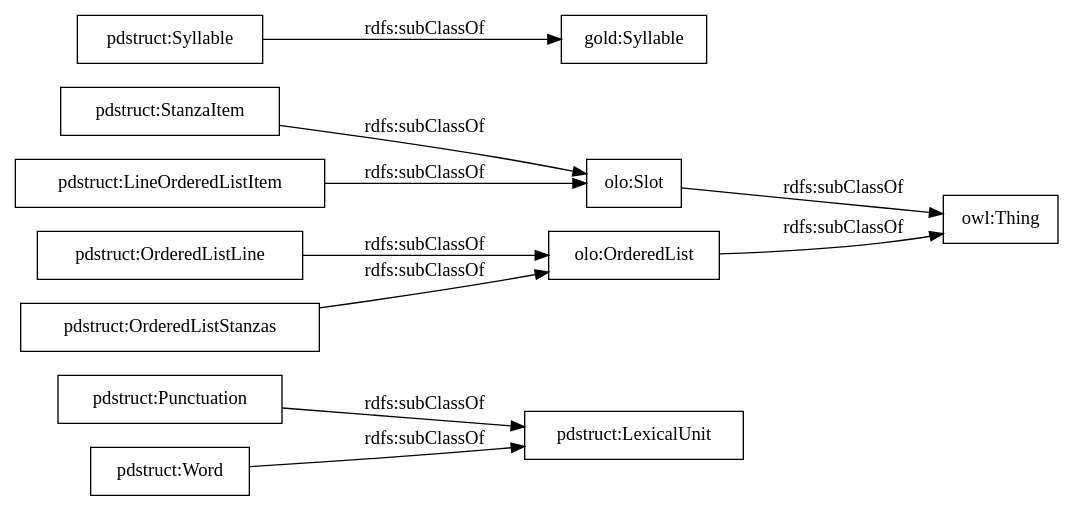
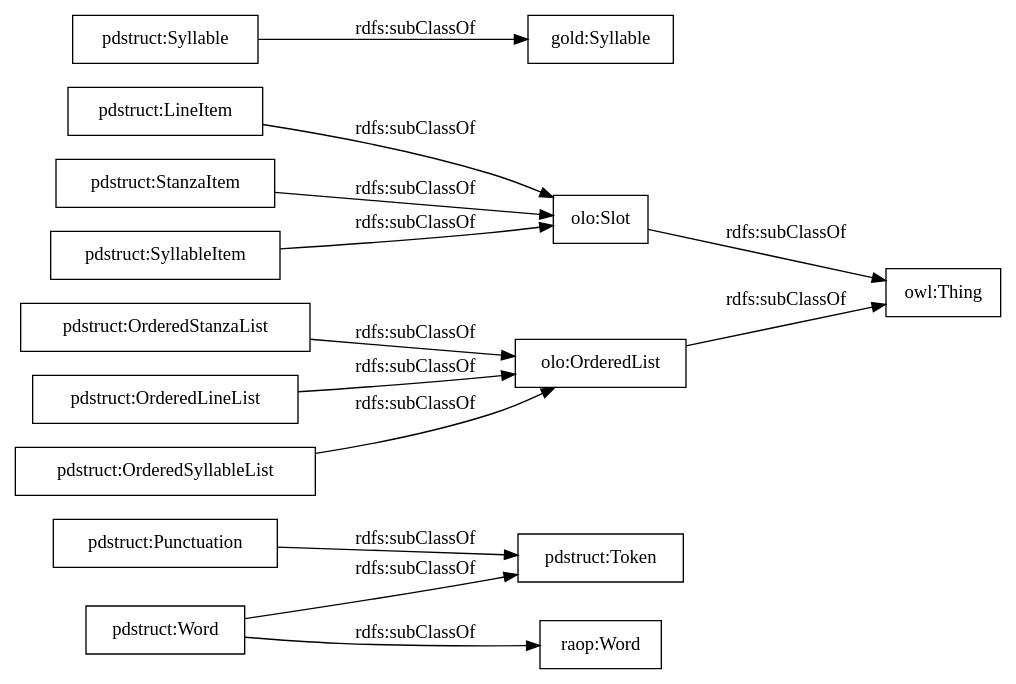
Before and after one commit to MLuisaDiezPlatas/structuralElements-ontology: the diagram in OnToology/postdata-structuralElements.owl/diagrams/ar2dtool-taxonomy/postdata-structuralElements.owl.png.dot, drawn with Graphviz. The commit also changed 12 other files, not shown here.

```diff
--- a/OnToology/postdata-structuralElements.owl/diagrams/ar2dtool-taxonomy/postdata-structuralElements.owl.png.dot
+++ b/OnToology/postdata-structuralElements.owl/diagrams/ar2dtool-taxonomy/postdata-structuralElements.owl.png.dot
@@ -1,15 +1,18 @@
 digraph ar2dtool_diagram { 
 rankdir=LR;
 size="1000"
-node [shape = rectangle, color="black"]; "pdstruct:Punctuation" "pdstruct:StanzaItem" "pdstruct:Word" "gold:Syllable" "pdstruct:LineOrderedListItem" "pdstruct:Syllable" "pdstruct:OrderedListStanzas" "pdstruct:OrderedListLine" "pdstruct:LexicalUnit" "olo:Slot" "olo:OrderedList" ; /*classes style*/
-	"pdstruct:LineOrderedListItem" -> "olo:Slot" [ label = "rdfs:subClassOf" ];
-	"pdstruct:Word" -> "pdstruct:LexicalUnit" [ label = "rdfs:subClassOf" ];
+node [shape = rectangle, color="black"]; "pdstruct:Punctuation" "pdstruct:OrderedStanzaList" "pdstruct:LineItem" "pdstruct:StanzaItem" "pdstruct:Word" "pdstruct:Token" "gold:Syllable" "pdstruct:OrderedSyllableList" "pdstruct:SyllableItem" "pdstruct:Syllable" "raop:Word" "pdstruct:OrderedLineList" "olo:Slot" "olo:OrderedList" ; /*classes style*/
+	"pdstruct:OrderedSyllableList" -> "olo:OrderedList" [ label = "rdfs:subClassOf" ];
+	"pdstruct:OrderedLineList" -> "olo:OrderedList" [ label = "rdfs:subClassOf" ];
+	"pdstruct:OrderedStanzaList" -> "olo:OrderedList" [ label = "rdfs:subClassOf" ];
+	"pdstruct:Word" -> "pdstruct:Token" [ label = "rdfs:subClassOf" ];
+	"pdstruct:Word" -> "raop:Word" [ label = "rdfs:subClassOf" ];
+	"pdstruct:SyllableItem" -> "olo:Slot" [ label = "rdfs:subClassOf" ];
 	"olo:OrderedList" -> "owl:Thing" [ label = "rdfs:subClassOf" ];
-	"pdstruct:OrderedListStanzas" -> "olo:OrderedList" [ label = "rdfs:subClassOf" ];
 	"olo:Slot" -> "owl:Thing" [ label = "rdfs:subClassOf" ];
 	"pdstruct:Syllable" -> "gold:Syllable" [ label = "rdfs:subClassOf" ];
 	"pdstruct:StanzaItem" -> "olo:Slot" [ label = "rdfs:subClassOf" ];
-	"pdstruct:OrderedListLine" -> "olo:OrderedList" [ label = "rdfs:subClassOf" ];
-	"pdstruct:Punctuation" -> "pdstruct:LexicalUnit" [ label = "rdfs:subClassOf" ];
+	"pdstruct:LineItem" -> "olo:Slot" [ label = "rdfs:subClassOf" ];
+	"pdstruct:Punctuation" -> "pdstruct:Token" [ label = "rdfs:subClassOf" ];
 
 }
```
